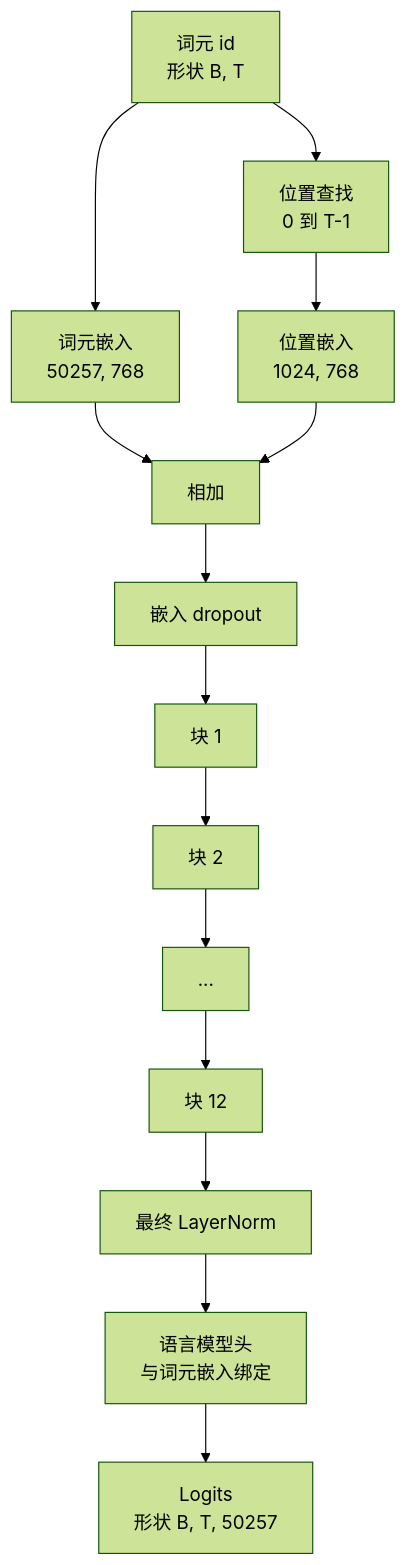
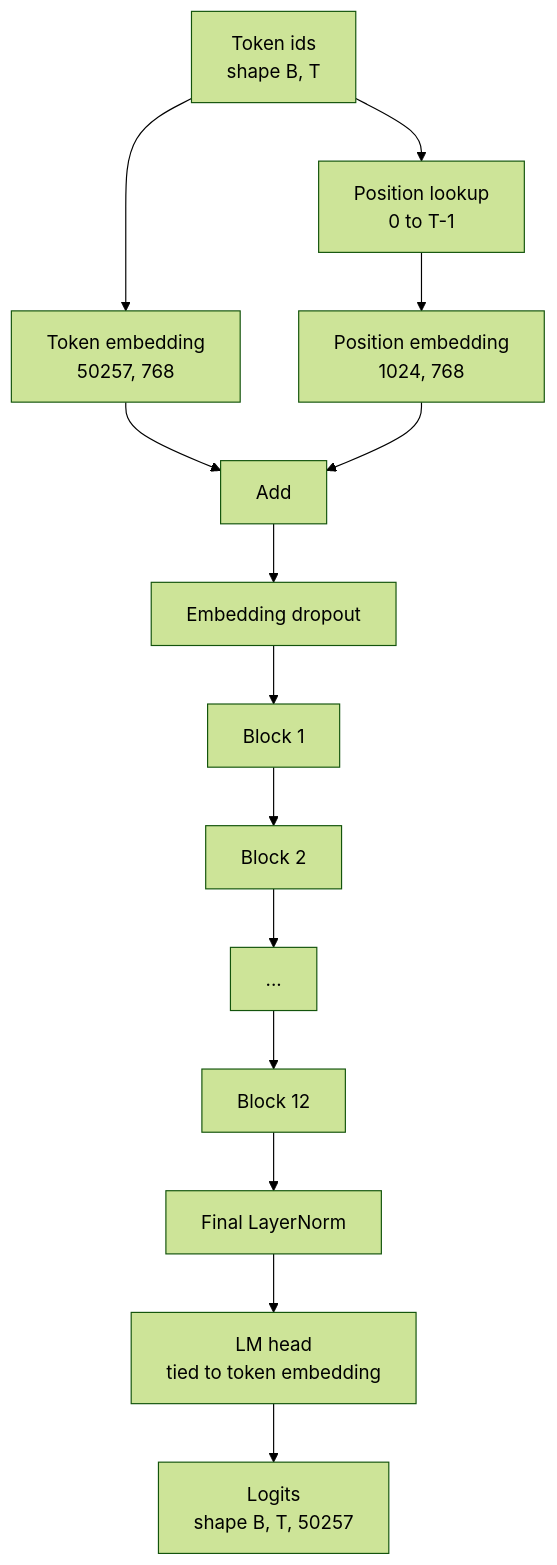
Before and after one commit to xiaojiaenen/ai-engineering-from-scratch-zh: the first of 2 diagrams in i18n/zh/phases/19-capstone-projects/35-gpt-model-assembly/docs/zh.md, drawn with Mermaid (forest theme). The commit also changed other lines of this file and 85 other files, not shown here.

````diff
--- a/i18n/zh/phases/19-capstone-projects/35-gpt-model-assembly/docs/zh.md
+++ b/i18n/zh/phases/19-capstone-projects/35-gpt-model-assembly/docs/zh.md
@@ -26,16 +26,16 @@
 ```mermaid
 flowchart TB
-  T[词元 id<br/>形状 B, T] --> E[词元嵌入<br/>50257, 768]
-  T --> P[位置查找<br/>0 到 T-1]
-  P --> PE[位置嵌入<br/>1024, 768]
-  E --> A[相加]
+  T[Token ids<br/>shape B, T] --> E[Token embedding<br/>50257, 768]
+  T --> P[Position lookup<br/>0 to T-1]
+  P --> PE[Position embedding<br/>1024, 768]
+  E --> A[Add]
   PE --> A
-  A --> D[嵌入 dropout]
-  D --> B1[块 1]
-  B1 --> B2[块 2]
+  A --> D[Embedding dropout]
+  D --> B1[Block 1]
+  B1 --> B2[Block 2]
   B2 --> Bk[...]
-  Bk --> B12[块 12]
-  B12 --> L[最终 LayerNorm]
-  L --> H[语言模型头<br/>与词元嵌入绑定]
-  H --> O[Logits<br/>形状 B, T, 50257]
+  Bk --> B12[Block 12]
+  B12 --> L[Final LayerNorm]
+  L --> H[LM head<br/>tied to token embedding]
+  H --> O[Logits<br/>shape B, T, 50257]
 ```
````
